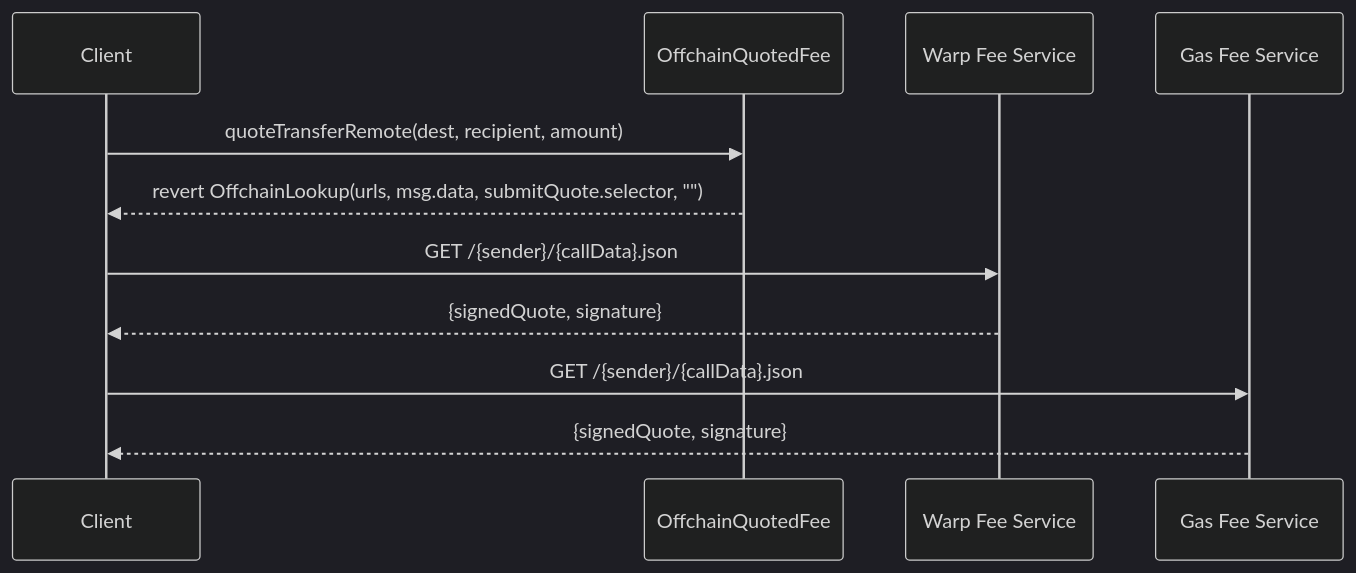
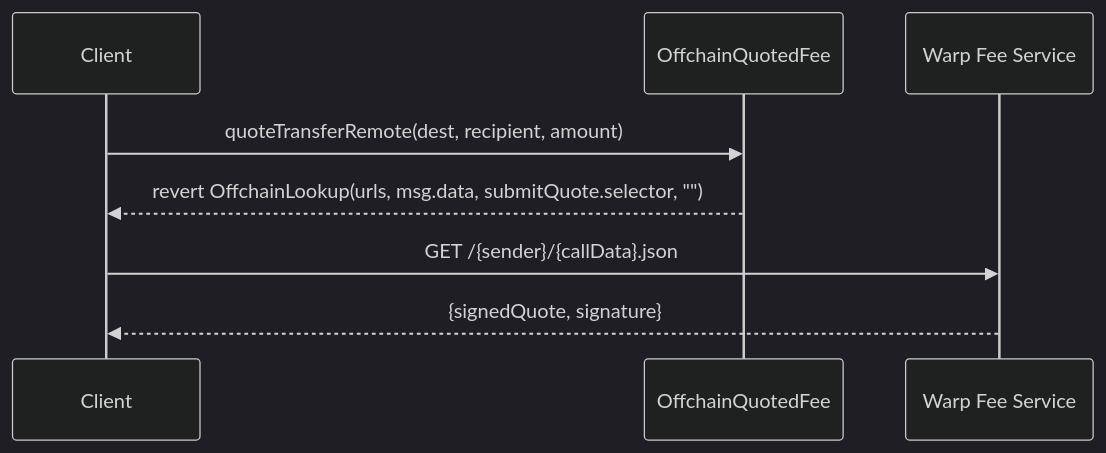
Before and after one commit to fujijin/hyperlane-monorepo: the first of 4 diagrams in docs/offchain-fee-quoting.md, drawn with Mermaid (dark theme). The commit also changed other lines of this file and 6 other files, not shown here.

````diff
--- a/docs/offchain-fee-quoting.md
+++ b/docs/offchain-fee-quoting.md
@@ -365,16 +188,12 @@
 ```mermaid
 sequenceDiagram
     participant Client
     participant QuotedFee as OffchainQuotedFee
     participant WarpFeeAPI as Warp Fee Service
-    participant GasFeeAPI as Gas Fee Service
 
     Client->>QuotedFee: quoteTransferRemote(dest, recipient, amount)
     QuotedFee-->>Client: revert OffchainLookup(urls, msg.data, submitQuote.selector, "")
 
     Client->>WarpFeeAPI: GET /{sender}/{callData}.json
     WarpFeeAPI-->>Client: {signedQuote, signature}
-
-    Client->>GasFeeAPI: GET /{sender}/{callData}.json
-    GasFeeAPI-->>Client: {signedQuote, signature}
 ```
````
